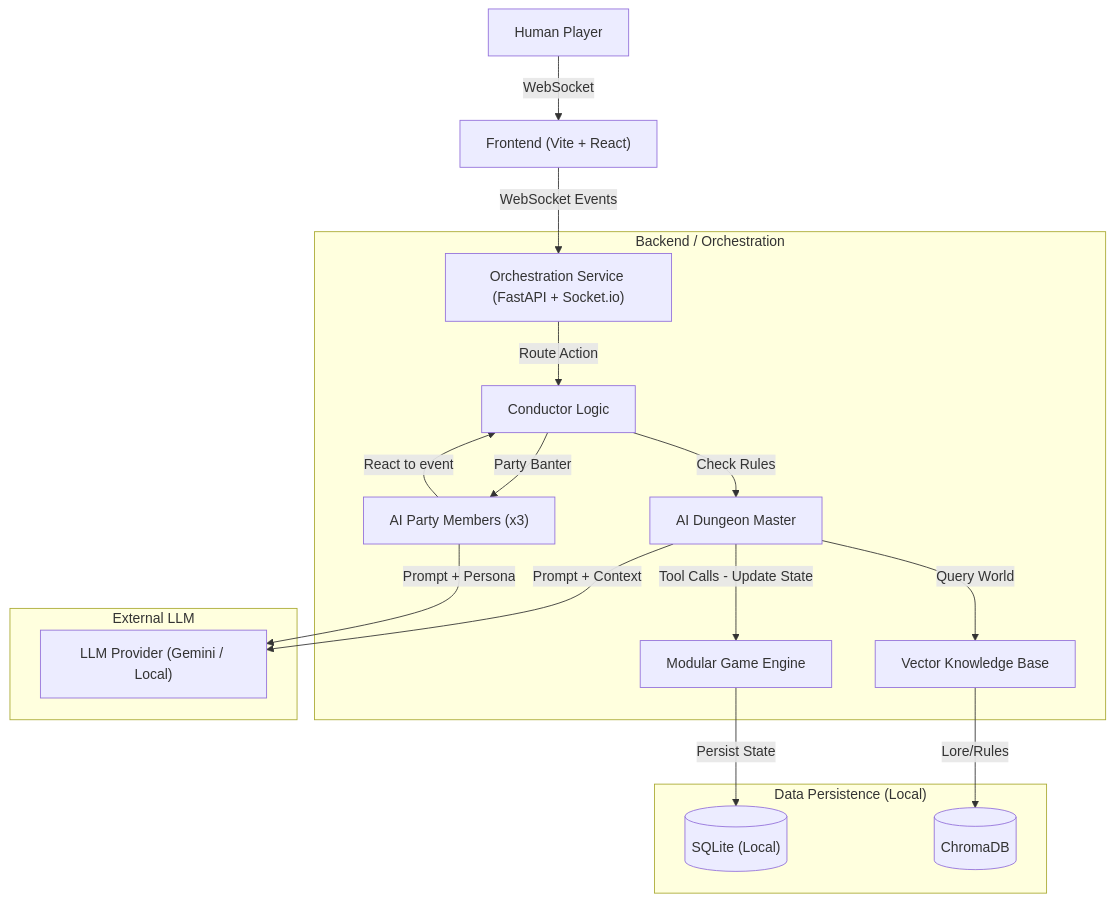
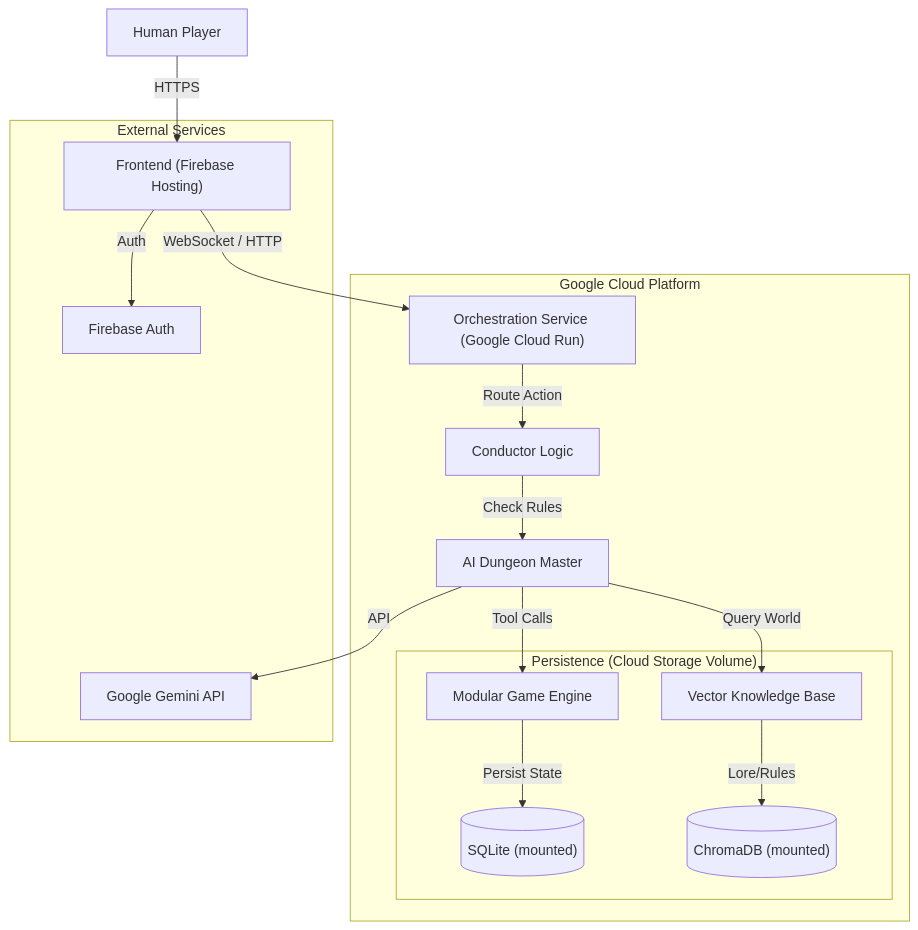
The diagram in design_docs/architecture.md (latentnyc/RoundTable_4_1), drawn with Mermaid before and after one commit. The commit also changed other lines of this file, not shown here.

Commit message:
Update architecture: Google Cloud Hosting & Private Repo

````diff
--- a/design_docs/architecture.md
+++ b/design_docs/architecture.md
@@ -5,26 +5,23 @@
 ```mermaid
 graph TD
-    User["Human Player"] -->|WebSocket| FE["Frontend (Vite + React)"]
-    FE -->|WebSocket Events| WS["Orchestration Service (FastAPI + Socket.io)"]
+    User["Human Player"] -->|HTTPS| FE["Frontend (Firebase Hosting)"]
+    FE -->|WebSocket / HTTP| CloudRun["Orchestration Service (Google Cloud Run)"]
     
-    subgraph "Backend / Orchestration"
-        WS -->|Route Action| Conductor["Conductor Logic"]
+    subgraph "Google Cloud Platform"
+        CloudRun -->|Route Action| Conductor["Conductor Logic"]
         Conductor -->|Check Rules| DM_Agent["AI Dungeon Master"]
-        Conductor -->|Party Banter| Party_Agents["AI Party Members (x3)"]
         
-        DM_Agent -->|Tool Calls - Update State| GameEngine["Modular Game Engine"]
+        DM_Agent -->|Tool Calls| GameEngine["Modular Game Engine"]
         DM_Agent -->|Query World| VectorDB["Vector Knowledge Base"]
         
-        Party_Agents -->|React to event| Conductor
+        subgraph "Persistence (Cloud Storage Volume)"
+            GameEngine -->|Persist State| DB[("SQLite (mounted)")]
+            VectorDB -->|Lore/Rules| VectorStore[("ChromaDB (mounted)")]
+        end
     end
     
-    subgraph "Data Persistence (Local)"
-        GameEngine -->|Persist State| DB[("SQLite (Local)")]
-        VectorDB -->|Lore/Rules| VectorStore[("ChromaDB")]
-    end
-    
-    subgraph "External LLM"
-        DM_Agent -->|Prompt + Context| LLM["LLM Provider (Gemini / Local)"]
-        Party_Agents -->|Prompt + Persona| LLM
+    subgraph "External Services"
+        DM_Agent -->|API| LLM["Google Gemini API"]
+        FE -->|Auth| Firebase["Firebase Auth"]
     end
 ```
````
